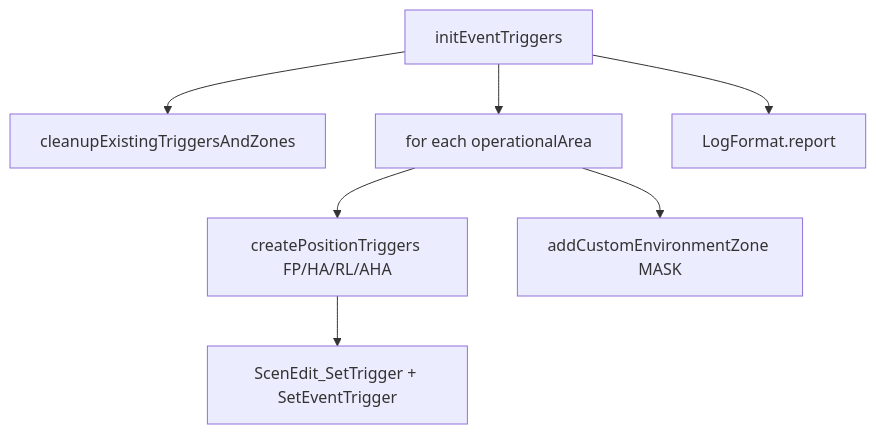
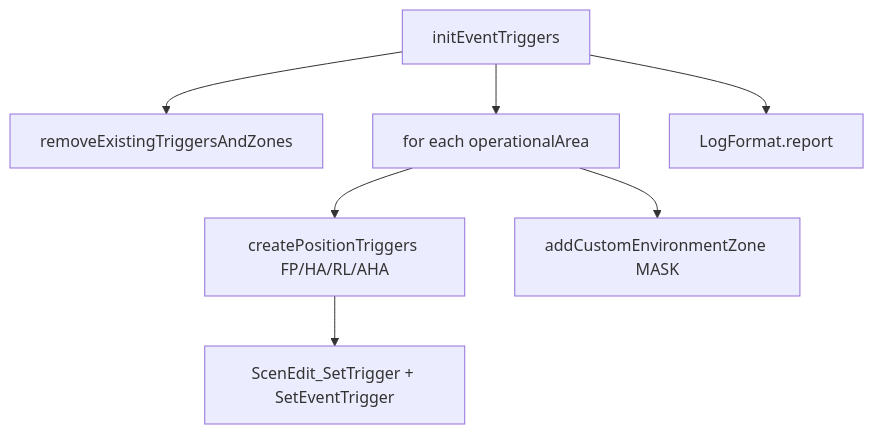
Before and after one commit to pullupjumper/formosa-in-flames: the diagram in docs/missileSystem/triggers.md, drawn with Mermaid. The commit also changed other lines of this file and 93 other files, not shown here.

````diff
--- a/docs/missileSystem/triggers.md
+++ b/docs/missileSystem/triggers.md
@@ -27,9 +27,9 @@
 ```mermaid
 flowchart TD
-    A[initEventTriggers] --> B[cleanupExistingTriggersAndZones]
+    A[initEventTriggers] --> B[removeExistingTriggersAndZones]
     A --> C[for each operationalArea]
     C --> D[createPositionTriggers FP/HA/RL/AHA]
     C --> E[addCustomEnvironmentZone MASK]
     D --> F[ScenEdit_SetTrigger + SetEventTrigger]
     A --> G[LogFormat.report]
 ```
````
